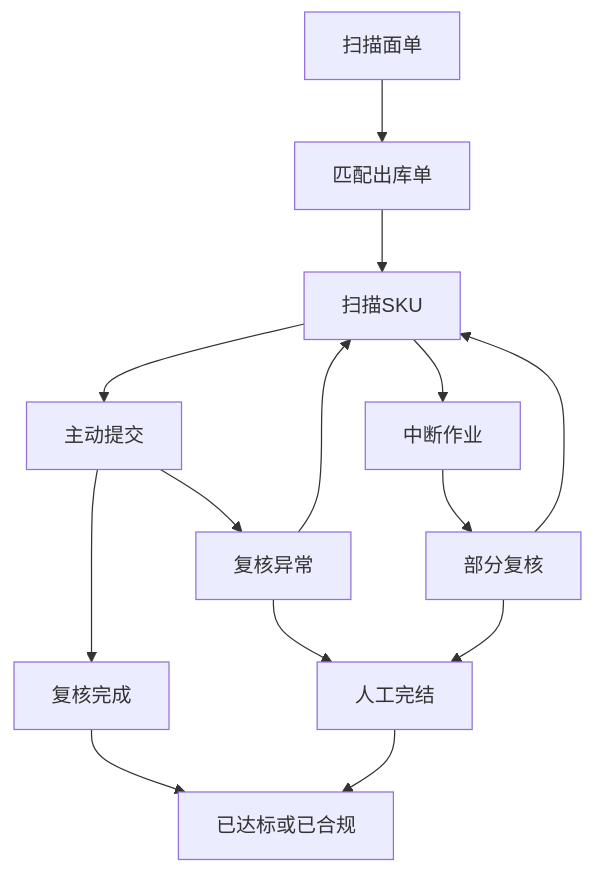
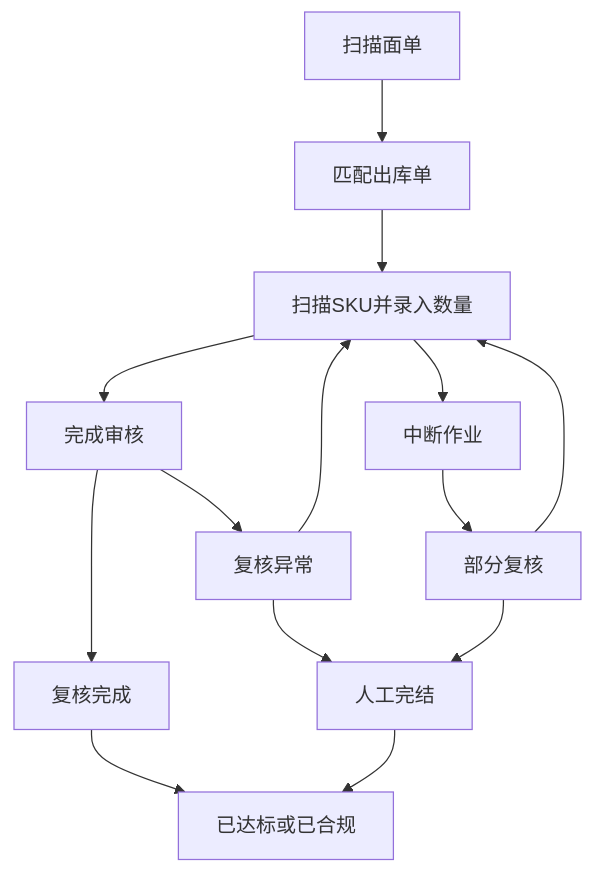
One commit to changkimfung/WedoBooking changed the diagram in docs/包装复核功能逻辑文档.md. Above: the diagram before and after it, drawn with Mermaid. The commit also changed other lines of this file and 24 other files, not shown here.

````diff
--- a/docs/包装复核功能逻辑文档.md
+++ b/docs/包装复核功能逻辑文档.md
@@ -76,16 +78,16 @@
 ```mermaid
 graph TB
     A[扫描面单] --> B[匹配出库单]
-    B --> C[扫描SKU]
-    C --> D[主动提交]
+    B --> C[扫描SKU并录入数量]
+    C --> D[完成审核]
     C --> E[中断作业]
     D --> F[复核完成]
     D --> G[复核异常]
     E --> H[部分复核]
     F --> I[已达标或已合规]
     G --> C
     H --> C
     G --> J[人工完结]
     H --> J
     J --> I
 ```
````
